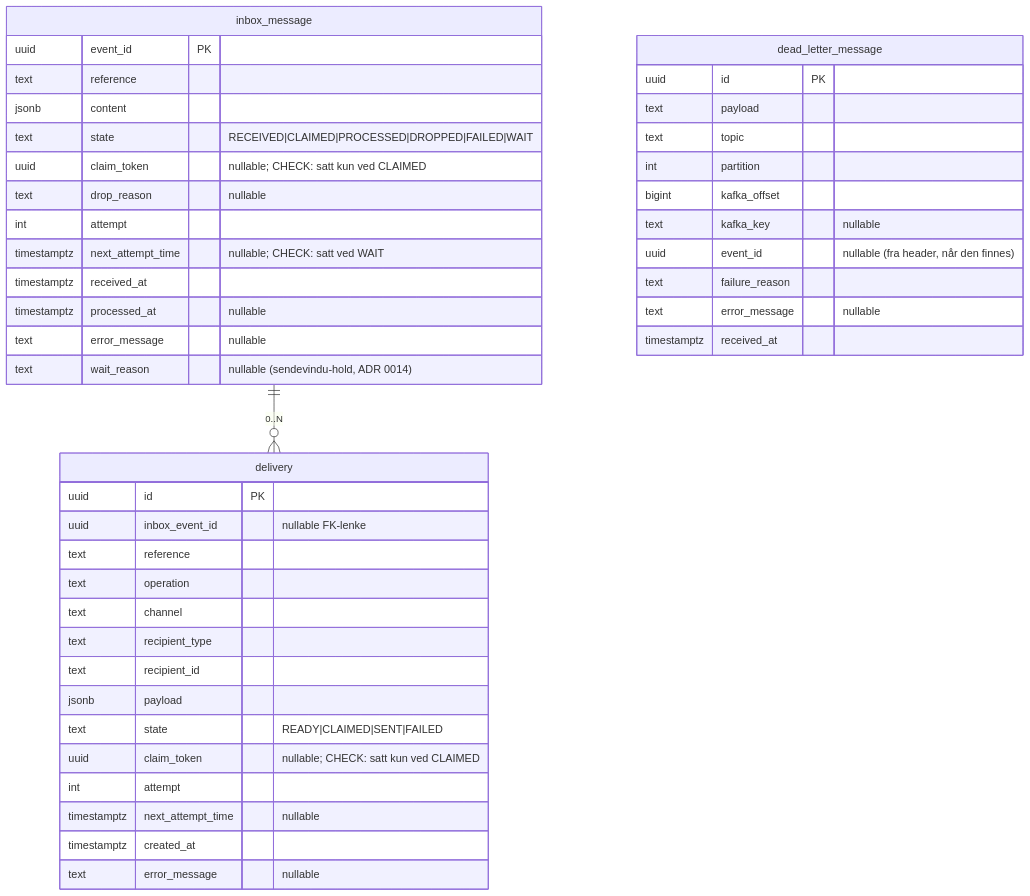
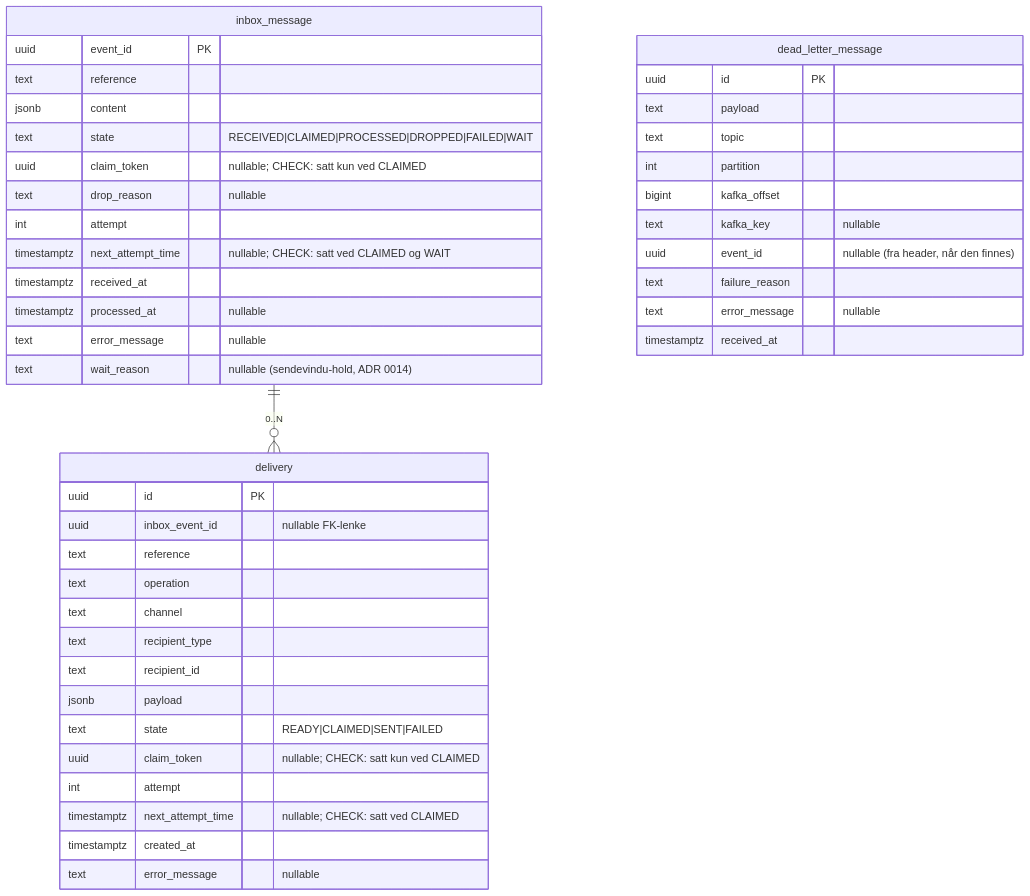
One commit to navikt/syfo-budstikka changed the diagram in docs/datamodell.md. Above: the diagram before and after it, drawn with Mermaid. The commit also changed other lines of this file and 8 other files, not shown here.

First line of the commit message:
feat(database): require next_attempt_time for CLAIMED rows

````diff
--- a/docs/datamodell.md
+++ b/docs/datamodell.md
@@ -8,49 +8,49 @@
 ```mermaid
 erDiagram
     inbox_message ||--o{ delivery : "0..N"
 
     inbox_message {
         uuid        event_id PK
         text        reference
         jsonb       content
         text        state "RECEIVED|CLAIMED|PROCESSED|DROPPED|FAILED|WAIT"
         uuid        claim_token "nullable; CHECK: satt kun ved CLAIMED"
         text        drop_reason "nullable"
         int         attempt
-        timestamptz next_attempt_time "nullable; CHECK: satt ved WAIT"
+        timestamptz next_attempt_time "nullable; CHECK: satt ved CLAIMED og WAIT"
         timestamptz received_at
         timestamptz processed_at "nullable"
         text        error_message "nullable"
         text        wait_reason "nullable (sendevindu-hold, ADR 0014)"
     }
 
     delivery {
         uuid        id PK
         uuid        inbox_event_id "nullable FK-lenke"
         text        reference
         text        operation
         text        channel
         text        recipient_type
         text        recipient_id
         jsonb       payload
         text        state "READY|CLAIMED|SENT|FAILED"
         uuid        claim_token "nullable; CHECK: satt kun ved CLAIMED"
         int         attempt
-        timestamptz next_attempt_time "nullable"
+        timestamptz next_attempt_time "nullable; CHECK: satt ved CLAIMED"
         timestamptz created_at
         text        error_message "nullable"
     }
 
     dead_letter_message {
         uuid        id PK
         text        payload
         text        topic
         int         partition
         bigint      kafka_offset
         text        kafka_key "nullable"
         uuid        event_id "nullable (fra header, når den finnes)"
         text        failure_reason
         text        error_message "nullable"
         timestamptz received_at
     }
 ```
````
